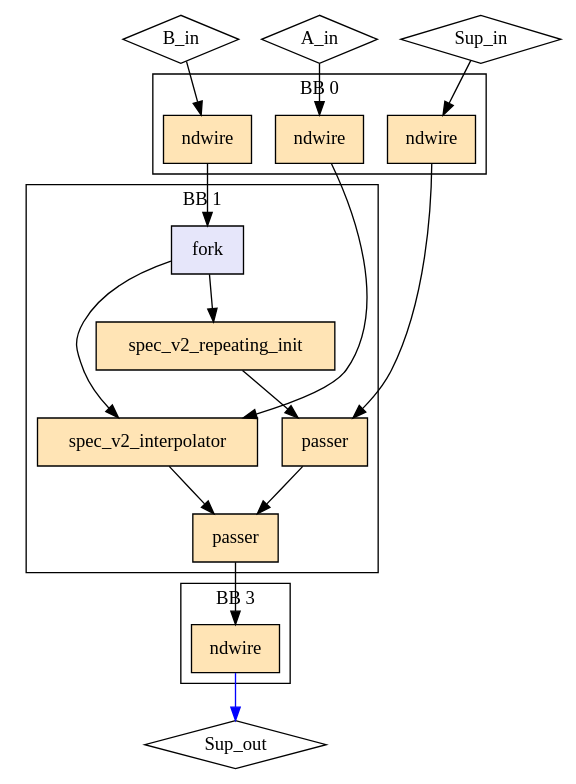
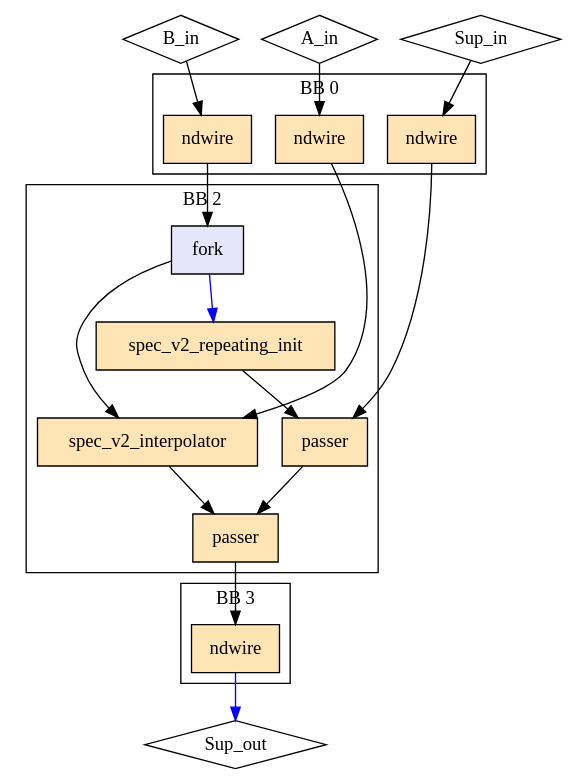
Before and after one commit to EPFL-LAP/dynamatic: the diagram in experimental/tools/elastic-miter/out/interpolator_ind/lhs_reachability/model.dot, drawn with Graphviz. The commit also changed 700 other files, not shown here.

```diff
--- a/experimental/tools/elastic-miter/out/interpolator_ind/lhs_reachability/model.dot
+++ b/experimental/tools/elastic-miter/out/interpolator_ind/lhs_reachability/model.dot
@@ -1,39 +1,39 @@
 Digraph G {
   splines=spline
   compound=true
   "A_in" ["style"="solid", "shape"="diamond", "label"="A_in", "mlir_op"="handshake.func"]
   "B_in" ["style"="solid", "shape"="diamond", "label"="B_in", "mlir_op"="handshake.func"]
   "Sup_in" ["style"="solid", "shape"="diamond", "label"="Sup_in", "mlir_op"="handshake.func"]
   "Sup_out" ["style"="solid", "shape"="diamond", "label"="Sup_out", "mlir_op"="handshake.func"]
   "A_in" -> "ndw_in_A_in" ["dir"="both", "style"="solid", "arrowhead"="normal", "from_idx"="0", "to"="ins", "arrowtail"="none", "from"="A_in", "to_idx"="0"]
   "B_in" -> "ndw_in_B_in" ["dir"="both", "style"="solid", "arrowhead"="normal", "from_idx"="1", "to"="ins", "arrowtail"="none", "from"="B_in", "to_idx"="0"]
   "Sup_in" -> "ndw_in_Sup_in" ["dir"="both", "style"="solid", "arrowhead"="normal", "from_idx"="2", "to"="ins", "arrowtail"="none", "from"="Sup_in", "to_idx"="0"]
   "ndw_in_A_in" -> "interpolate" ["dir"="both", "style"="solid", "arrowhead"="normal", "from_idx"="0", "to"="short", "arrowtail"="none", "from"="outs", "to_idx"="0"]
   "ndw_in_B_in" -> "fork" ["dir"="both", "style"="solid", "arrowhead"="normal", "from_idx"="0", "to"="ins", "arrowtail"="none", "from"="outs", "to_idx"="0"]
   "ndw_in_Sup_in" -> "passer1" ["dir"="both", "style"="solid", "arrowhead"="normal", "from_idx"="0", "to"="data", "arrowtail"="none", "from"="outs", "to_idx"="0"]
   "ndw_out_Sup_out" -> "Sup_out" ["dir"="both", "style"="solid", "arrowhead"="normal", "from_idx"="0", "color"="blue", "to"="Sup_out", "arrowtail"="none", "from"="outs", "to_idx"="0"]
   "passer2" -> "ndw_out_Sup_out" ["dir"="both", "style"="solid", "arrowhead"="normal", "from_idx"="0", "to"="ins", "arrowtail"="none", "from"="result", "to_idx"="0"]
   subgraph cluster0 {
     graph ["label"="BB 0"]
     "ndw_in_A_in" ["style"="filled", "fillcolor"="moccasin", "shape"="box", "label"="ndwire", "mlir_op"="handshake.ndwire"]
     "ndw_in_B_in" ["style"="filled", "fillcolor"="moccasin", "shape"="box", "label"="ndwire", "mlir_op"="handshake.ndwire"]
     "ndw_in_Sup_in" ["style"="filled", "fillcolor"="moccasin", "shape"="box", "label"="ndwire", "mlir_op"="handshake.ndwire"]
   }
   subgraph cluster3 {
     graph ["label"="BB 3"]
     "ndw_out_Sup_out" ["style"="filled", "fillcolor"="moccasin", "shape"="box", "label"="ndwire", "mlir_op"="handshake.ndwire"]
   }
-  subgraph cluster1 {
-    graph ["label"="BB 1"]
+  subgraph cluster2 {
+    graph ["label"="BB 2"]
     "fork" ["style"="filled", "fillcolor"="lavender", "shape"="box", "label"="fork", "mlir_op"="handshake.fork"]
     "interpolate" ["style"="filled", "fillcolor"="moccasin", "shape"="box", "label"="spec_v2_interpolator", "mlir_op"="handshake.spec_v2_interpolator"]
     "ri" ["style"="filled", "fillcolor"="moccasin", "shape"="box", "label"="spec_v2_repeating_init", "mlir_op"="handshake.spec_v2_repeating_init"]
     "passer1" ["style"="filled", "fillcolor"="moccasin", "shape"="box", "label"="passer", "mlir_op"="handshake.passer"]
     "passer2" ["style"="filled", "fillcolor"="moccasin", "shape"="box", "label"="passer", "mlir_op"="handshake.passer"]
     "fork" -> "interpolate" ["dir"="both", "style"="solid", "arrowhead"="normal", "from_idx"="0", "to"="long", "arrowtail"="none", "from"="outs_0", "to_idx"="1"]
-    "fork" -> "ri" ["dir"="both", "style"="solid", "arrowhead"="normal", "from_idx"="1", "to"="ins", "arrowtail"="none", "from"="outs_1", "to_idx"="0"]
+    "fork" -> "ri" ["dir"="both", "style"="solid", "arrowhead"="normal", "from_idx"="1", "color"="blue", "to"="ins", "arrowtail"="none", "from"="outs_1", "to_idx"="0"]
     "interpolate" -> "passer2" ["dir"="both", "style"="solid", "arrowhead"="normal", "from_idx"="0", "to"="ctrl", "arrowtail"="none", "from"="result", "to_idx"="1"]
     "ri" -> "passer1" ["dir"="both", "style"="solid", "arrowhead"="normal", "from_idx"="0", "to"="ctrl", "arrowtail"="none", "from"="outs", "to_idx"="1"]
     "passer1" -> "passer2" ["dir"="both", "style"="solid", "arrowhead"="normal", "from_idx"="0", "to"="data", "arrowtail"="none", "from"="result", "to_idx"="0"]
   }
 }
```
